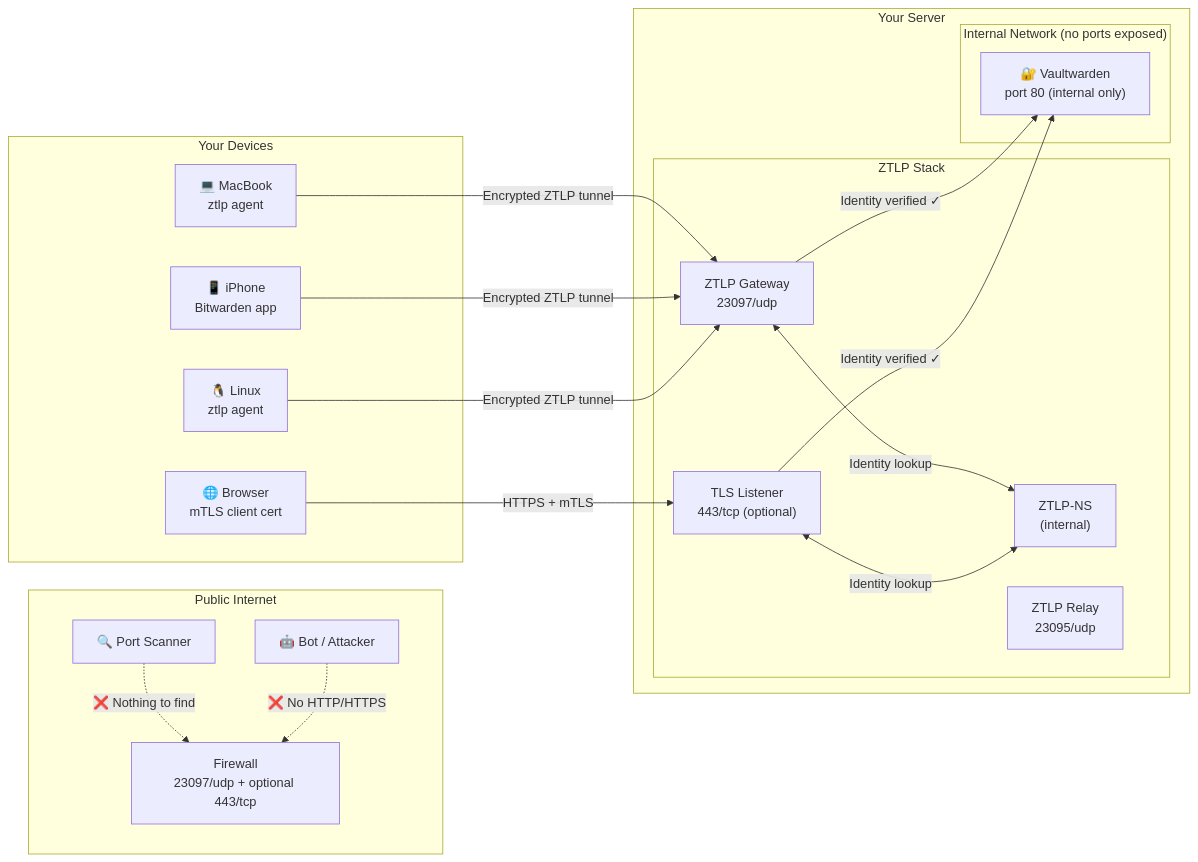
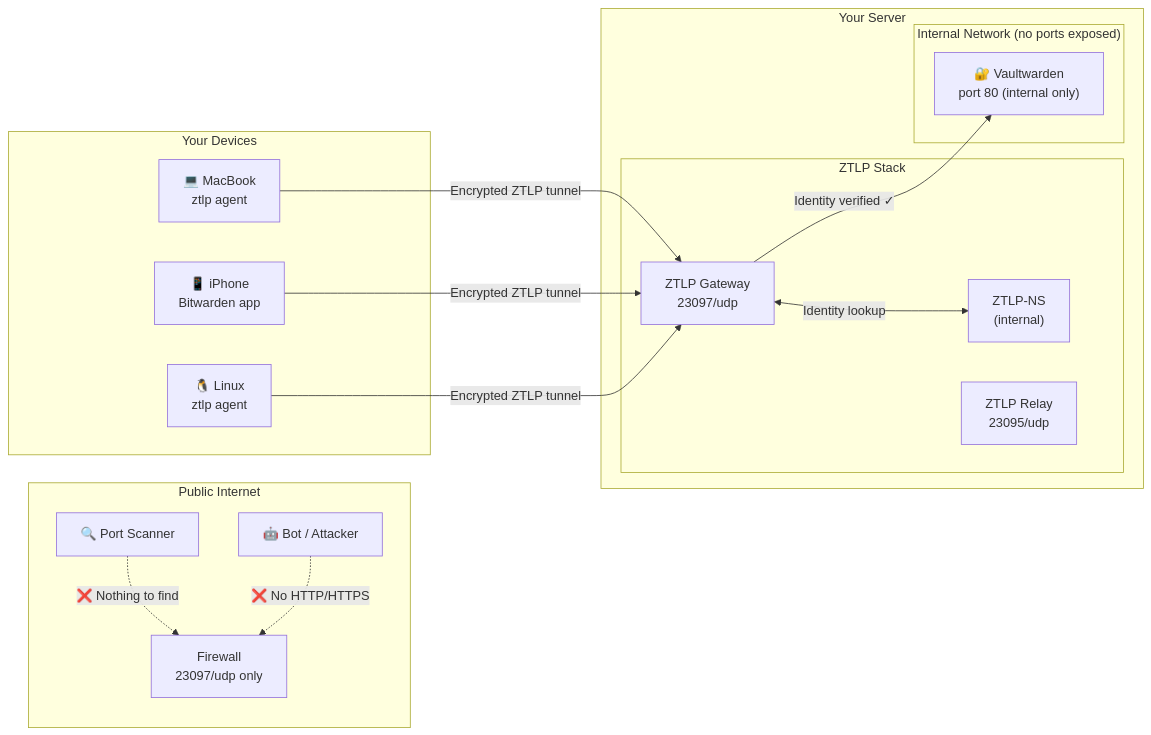
Before and after one commit to priceflex/ztlp: the first of 5 diagrams in examples/vaultwarden/README.md, drawn with Mermaid. The commit also changed other lines of this file and 3 other files, not shown here.

Commit message:
docs: reframe Vaultwarden TLS as internal defense-in-depth, remove browser access path

````diff
--- a/examples/vaultwarden/README.md
+++ b/examples/vaultwarden/README.md
@@ -11,36 +11,31 @@
 ```mermaid
 graph LR
     subgraph Internet["Public Internet"]
         A["🔍 Port Scanner"] -.->|"❌ Nothing to find"| FW
         B["🤖 Bot / Attacker"] -.->|"❌ No HTTP/HTTPS"| FW
     end
 
     subgraph Server["Your Server"]
-        FW["Firewall<br/>23097/udp + optional 443/tcp"]
+        FW["Firewall<br/>23097/udp only"]
         subgraph ZTLP["ZTLP Stack"]
             GW["ZTLP Gateway<br/>23097/udp"]
-            TLS["TLS Listener<br/>443/tcp (optional)"]
             NS["ZTLP-NS<br/>(internal)"]
             RL["ZTLP Relay<br/>23095/udp"]
         end
         subgraph Internal["Internal Network (no ports exposed)"]
             VW["🔐 Vaultwarden<br/>port 80 (internal only)"]
         end
     end
 
     subgraph Devices["Your Devices"]
         M["💻 MacBook<br/>ztlp agent"]
         P["📱 iPhone<br/>Bitwarden app"]
         L["🐧 Linux<br/>ztlp agent"]
-        Chrome["🌐 Browser<br/>mTLS client cert"]
     end
 
     M -->|"Encrypted ZTLP tunnel"| GW
     P -->|"Encrypted ZTLP tunnel"| GW
     L -->|"Encrypted ZTLP tunnel"| GW
-    Chrome -->|"HTTPS + mTLS"| TLS
     GW -->|"Identity verified ✓"| VW
-    TLS -->|"Identity verified ✓"| VW
     GW <-->|"Identity lookup"| NS
-    TLS <-->|"Identity lookup"| NS
 ```
````
